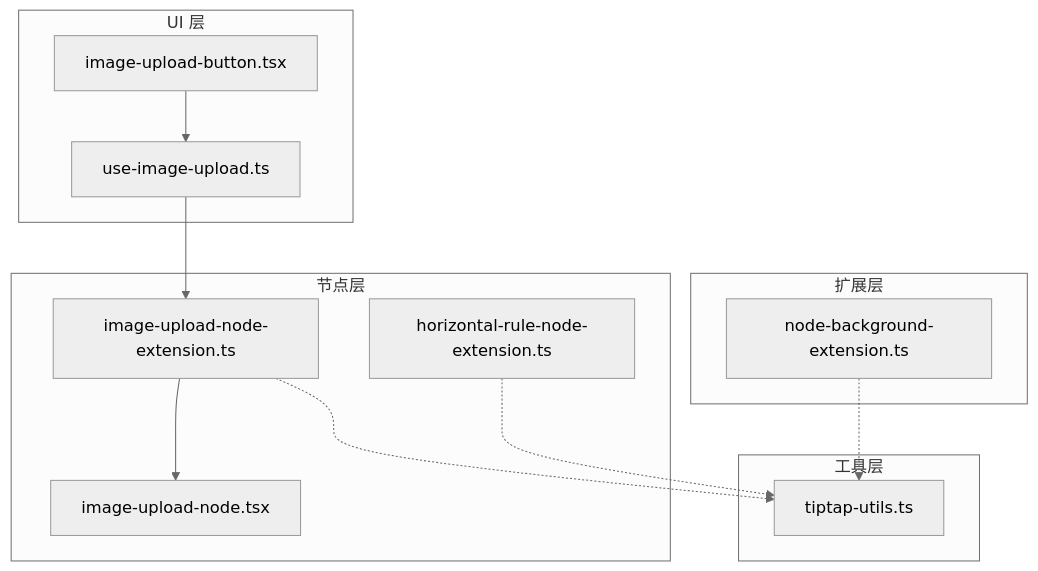
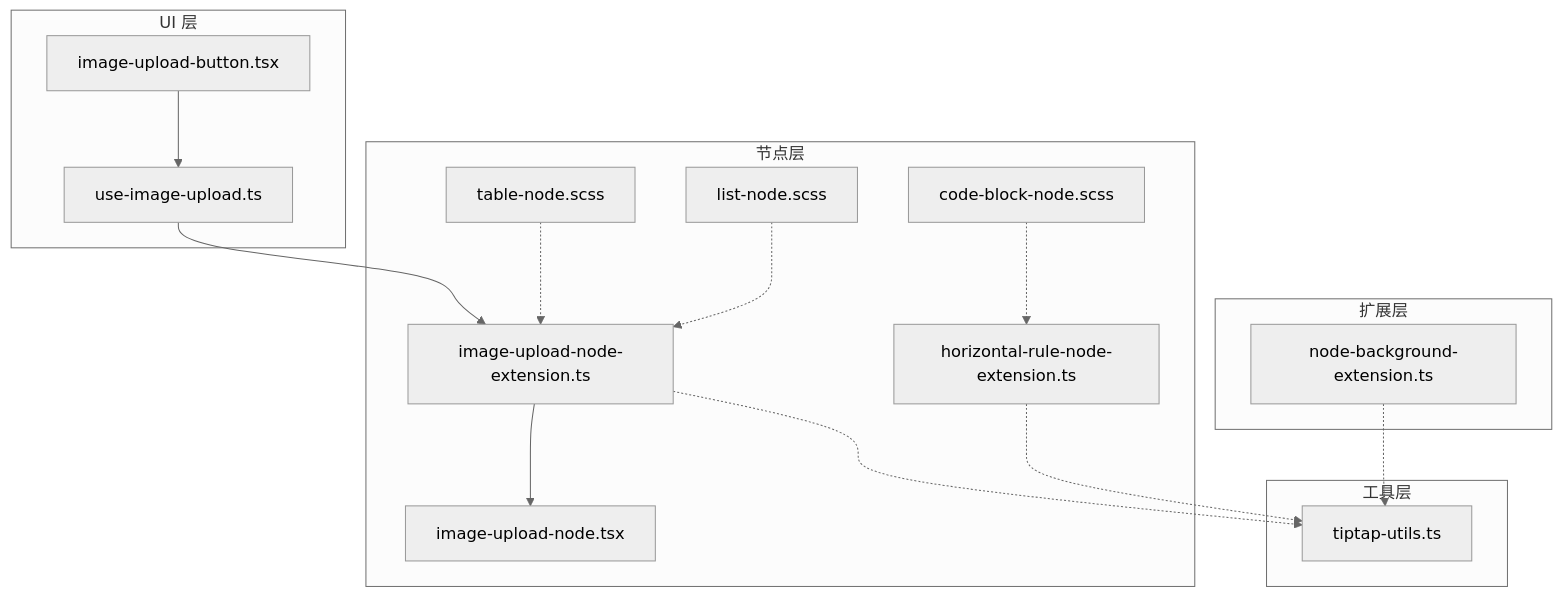
Before and after one commit to gzdxhujiale/FishWorker: the first of 8 diagrams in .qoder/repowiki/zh/content/TipTap 编辑器系统/自定义节点开发/自定义节点开发.md, drawn with Mermaid (neutral theme). The commit also changed other lines of this file and 19 other files, not shown here.

````diff
--- a/.qoder/repowiki/zh/content/TipTap 编辑器系统/自定义节点开发/自定义节点开发.md
+++ b/.qoder/repowiki/zh/content/TipTap 编辑器系统/自定义节点开发/自定义节点开发.md
@@ -42,24 +54,30 @@
 ```mermaid
 graph TB
 subgraph "扩展层"
 A["node-background-extension.ts"]
 end
 subgraph "节点层"
 B["image-upload-node-extension.ts"]
 C["image-upload-node.tsx"]
 D["horizontal-rule-node-extension.ts"]
+E["table-node.scss"]
+F["code-block-node.scss"]
+G["list-node.scss"]
 end
 subgraph "UI 层"
-E["image-upload-button.tsx"]
-F["use-image-upload.ts"]
+H["image-upload-button.tsx"]
+I["use-image-upload.ts"]
 end
 subgraph "工具层"
-G["tiptap-utils.ts"]
+J["tiptap-utils.ts"]
 end
-E --> F
-F --> B
+H --> I
+I --> B
 B --> C
-A -.-> G
-B -.-> G
-D -.-> G
+A -.-> J
+B -.-> J
+D -.-> J
+E -.-> B
+F -.-> D
+G -.-> B
 ```
````
